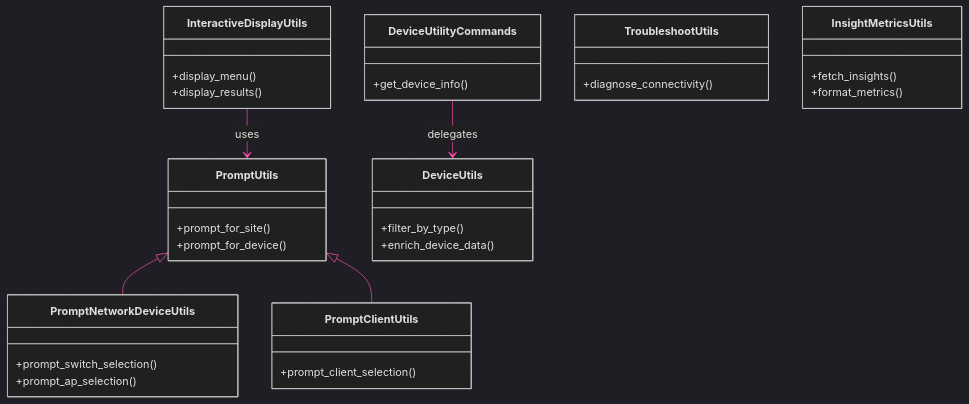
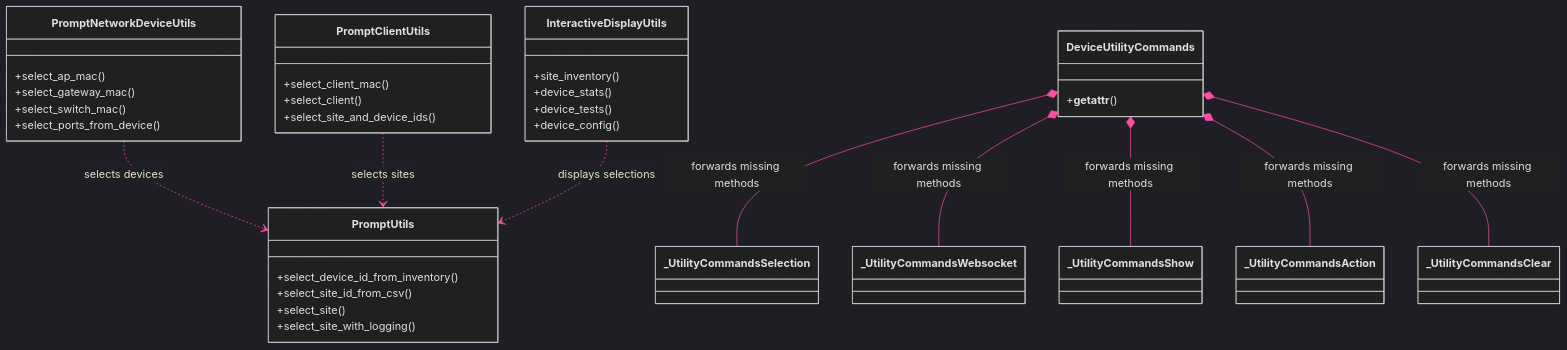
The second of 4 diagrams in documentation/diagrams/class-hierarchy/utilities.md (jmorrison-juniper/MistHelper), drawn with Mermaid before and after one commit. The commit also changed other lines of this file and 110 other files, not shown here.

````diff
--- a/documentation/diagrams/class-hierarchy/utilities.md
+++ b/documentation/diagrams/class-hierarchy/utilities.md
@@ -68,48 +70,54 @@
 ```mermaid
 %%{init: {'theme': 'dark', 'themeVariables': {
   'primaryColor': '#E20074',
   'primaryTextColor': '#E0E0E0',
   'primaryBorderColor': '#99004D',
   'lineColor': '#FF4DA6',
   'secondaryColor': '#16213E',
   'tertiaryColor': '#1A1A2E',
   'fontFamily': 'ui-monospace, monospace'
 }}}%%
 classDiagram
     direction TB
 
     class PromptUtils {
-        +prompt_for_site()
-        +prompt_for_device()
+        +select_device_id_from_inventory()
+        +select_site_id_from_csv()
+        +select_site()
+        +select_site_with_logging()
     }
     class PromptNetworkDeviceUtils {
-        +prompt_switch_selection()
-        +prompt_ap_selection()
+        +select_ap_mac()
+        +select_gateway_mac()
+        +select_switch_mac()
+        +select_ports_from_device()
     }
     class PromptClientUtils {
-        +prompt_client_selection()
+        +select_client_mac()
+        +select_client()
+        +select_site_and_device_ids()
     }
     class InteractiveDisplayUtils {
-        +display_menu()
-        +display_results()
+        +site_inventory()
+        +device_stats()
+        +device_tests()
+        +device_config()
     }
     class DeviceUtilityCommands {
-        +get_device_info()
+        +__getattr__()
     }
-    class DeviceUtils {
-        +filter_by_type()
-        +enrich_device_data()
-    }
-    class TroubleshootUtils {
-        +diagnose_connectivity()
-    }
-    class InsightMetricsUtils {
-        +fetch_insights()
-        +format_metrics()
-    }
+    class _UtilityCommandsSelection
+    class _UtilityCommandsWebsocket
+    class _UtilityCommandsShow
+    class _UtilityCommandsAction
+    class _UtilityCommandsClear
 
-    PromptUtils <|-- PromptNetworkDeviceUtils
-    PromptUtils <|-- PromptClientUtils
-    InteractiveDisplayUtils --> PromptUtils : uses
-    DeviceUtilityCommands --> DeviceUtils : delegates
+    PromptNetworkDeviceUtils ..> PromptUtils : selects devices
+    PromptClientUtils ..> PromptUtils : selects sites
+    InteractiveDisplayUtils ..> PromptUtils : displays selections
+    DeviceUtilityCommands *-- _UtilityCommandsSelection : forwards missing methods
+    DeviceUtilityCommands *-- _UtilityCommandsWebsocket : forwards missing methods
+    DeviceUtilityCommands *-- _UtilityCommandsShow : forwards missing methods
+    DeviceUtilityCommands *-- _UtilityCommandsAction : forwards missing methods
+    DeviceUtilityCommands *-- _UtilityCommandsClear : forwards missing methods
 ```
````
